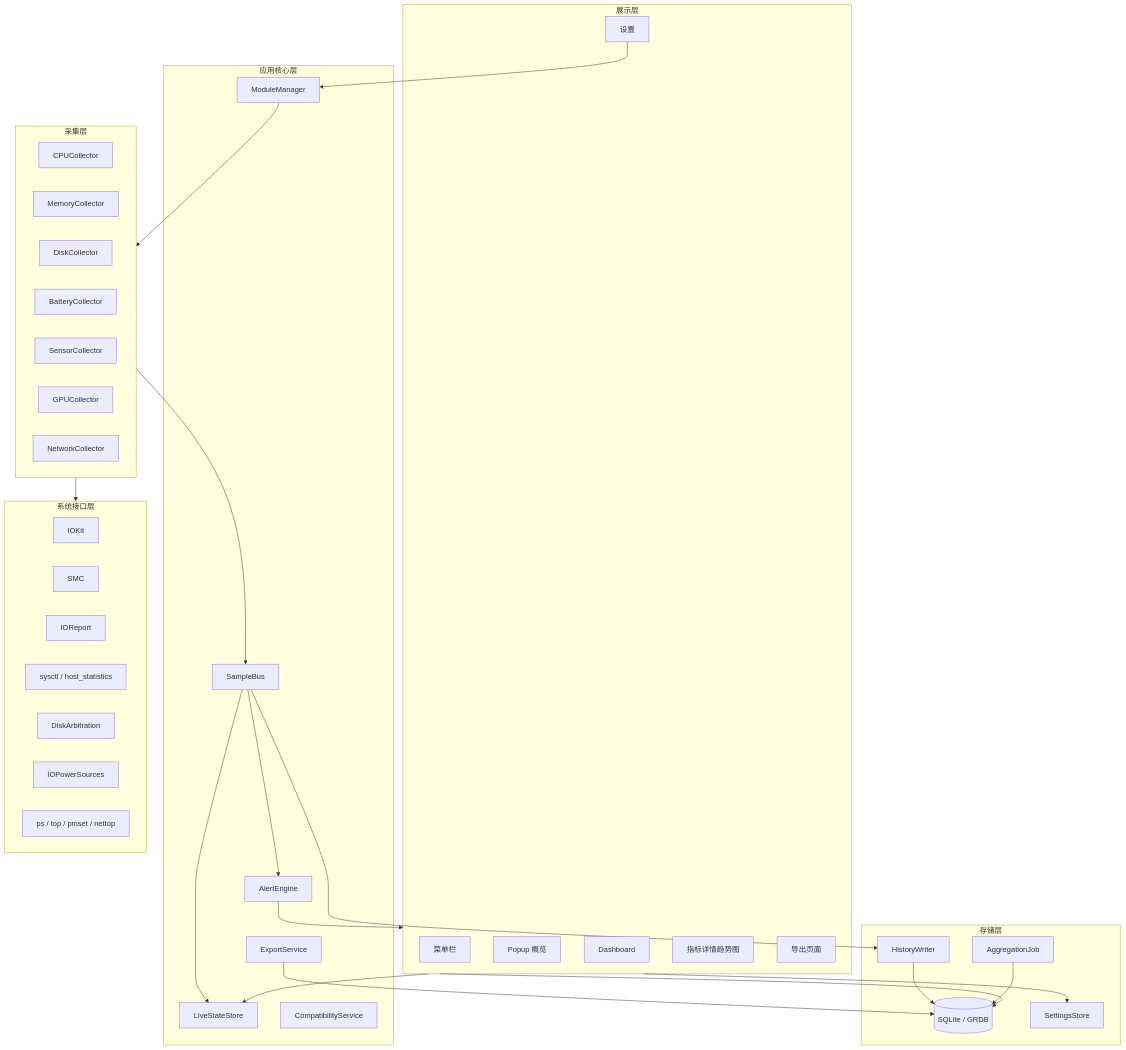
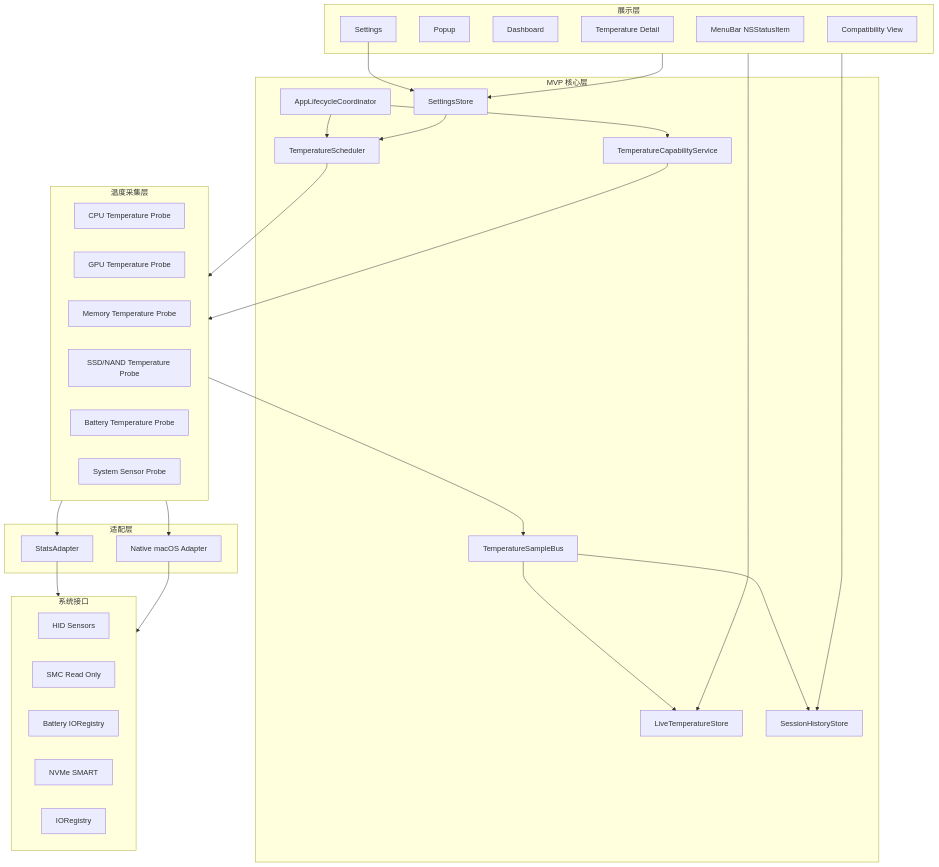
Before and after one commit to CaiJichang212/MacWatch: the first of 2 diagrams in docs/origin/MacWatch_技术架构文档.md, drawn with Mermaid. The commit also changed other lines of this file, not shown here.

Commit message:
docs: 重写 MacWatch_技术架构文档.md。文档现在是分层演进版：MVP 聚焦温度监控和本次会话历史，Post-MVP 单独承接硬件范围扩展、资源监控、长期历史、异常分析和告警。

````diff
--- a/docs/origin/MacWatch_技术架构文档.md
+++ b/docs/origin/MacWatch_技术架构文档.md
@@ -75,62 +122,60 @@
 ```mermaid
 flowchart TB
     subgraph UI[展示层]
-        MenuBar[菜单栏]
-        Popup[Popup 概览]
+        MenuBar[MenuBar NSStatusItem]
+        Popup[Popup]
         Dashboard[Dashboard]
-        Detail[指标详情趋势图]
-        Settings[设置]
-        ExportUI[导出页面]
+        Detail[Temperature Detail]
+        Settings[Settings]
+        Compatibility[Compatibility View]
     end
 
-    subgraph AppCore[应用核心层]
-        ModuleManager[ModuleManager]
-        SampleBus[SampleBus]
-        LiveStateStore[LiveStateStore]
-        AlertEngine[AlertEngine]
-        ExportService[ExportService]
-        CompatibilityService[CompatibilityService]
+    subgraph Core[MVP 核心层]
+        AppLifecycle[AppLifecycleCoordinator]
+        CapabilityService[TemperatureCapabilityService]
+        Scheduler[TemperatureScheduler]
+        SampleBus[TemperatureSampleBus]
+        LiveStore[LiveTemperatureStore]
+        SessionStore[SessionHistoryStore]
+        SettingsStore[SettingsStore]
     end
 
-    subgraph Collectors[采集层]
-        CPUCollector[CPUCollector]
-        MemoryCollector[MemoryCollector]
-        DiskCollector[DiskCollector]
-        BatteryCollector[BatteryCollector]
-        SensorCollector[SensorCollector]
-        GPUCollector[GPUCollector]
-        NetworkCollector[NetworkCollector]
+    subgraph Probes[温度采集层]
+        CPUProbe[CPU Temperature Probe]
+        GPUProbe[GPU Temperature Probe]
+        MemoryProbe[Memory Temperature Probe]
+        SSDProbe[SSD/NAND Temperature Probe]
+        BatteryProbe[Battery Temperature Probe]
+        SystemProbe[System Sensor Probe]
     end
 
-    subgraph Storage[存储层]
-        HistoryWriter[HistoryWriter]
-        SQLite[(SQLite / GRDB)]
-        SettingsStore[SettingsStore]
-        AggregationJob[AggregationJob]
+    subgraph Adapter[适配层]
+        StatsAdapter[StatsAdapter]
+        NativeAdapter[Native macOS Adapter]
     end
 
-    subgraph System[系统接口层]
-        IOKit[IOKit]
-        SMC[SMC]
-        IOReport[IOReport]
-        Sysctl[sysctl / host_statistics]
-        DiskArb[DiskArbitration]
-        Power[IOPowerSources]
-        Shell[ps / top / pmset / nettop]
+    subgraph System[系统接口]
+        HID[HID Sensors]
+        SMC[SMC Read Only]
+        BatteryIO[Battery IORegistry]
+        SMART[NVMe SMART]
+        IORegistry[IORegistry]
     end
 
-    UI --> LiveStateStore
-    UI --> SQLite
+    UI --> LiveStore
+    UI --> SessionStore
     UI --> SettingsStore
-    Settings --> ModuleManager
-    ModuleManager --> Collectors
-    Collectors --> System
-    Collectors --> SampleBus
-    SampleBus --> LiveStateStore
-    SampleBus --> AlertEngine
-    SampleBus --> HistoryWriter
-    HistoryWriter --> SQLite
-    AggregationJob --> SQLite
-    ExportService --> SQLite
-    AlertEngine --> UI
+    AppLifecycle --> CapabilityService
+    AppLifecycle --> Scheduler
+    Settings --> SettingsStore
+    SettingsStore --> Scheduler
+    Scheduler --> Probes
+    Probes --> StatsAdapter
+    Probes --> NativeAdapter
+    StatsAdapter --> System
+    NativeAdapter --> System
+    CapabilityService --> Probes
+    Probes --> SampleBus
+    SampleBus --> LiveStore
+    SampleBus --> SessionStore
 ```
````
